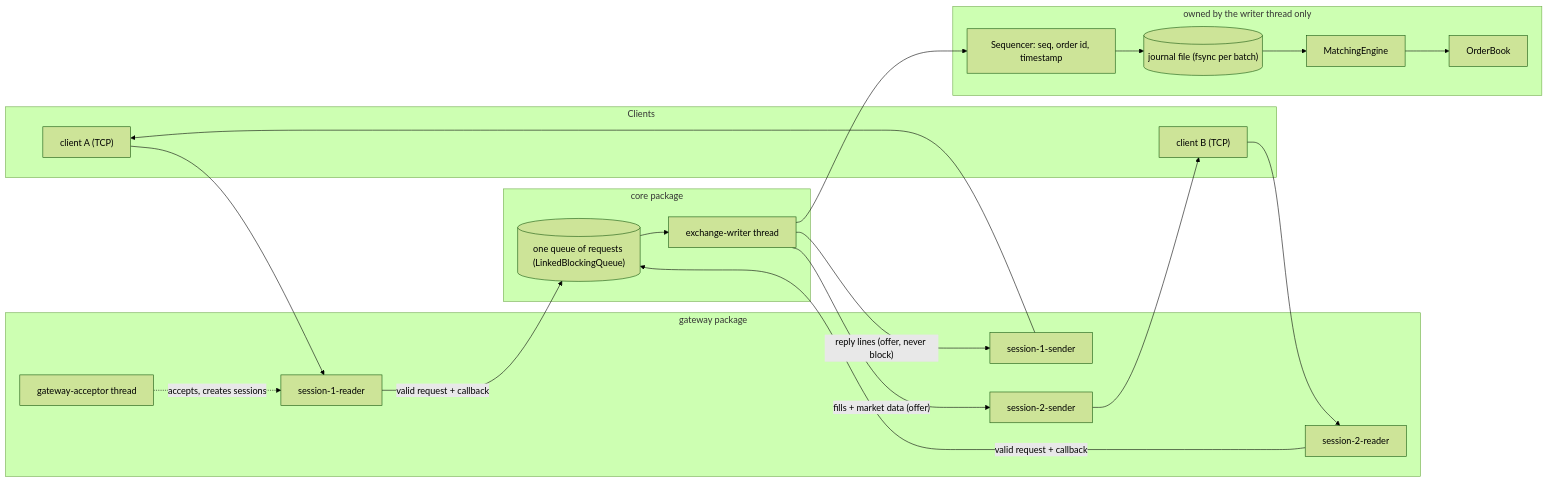
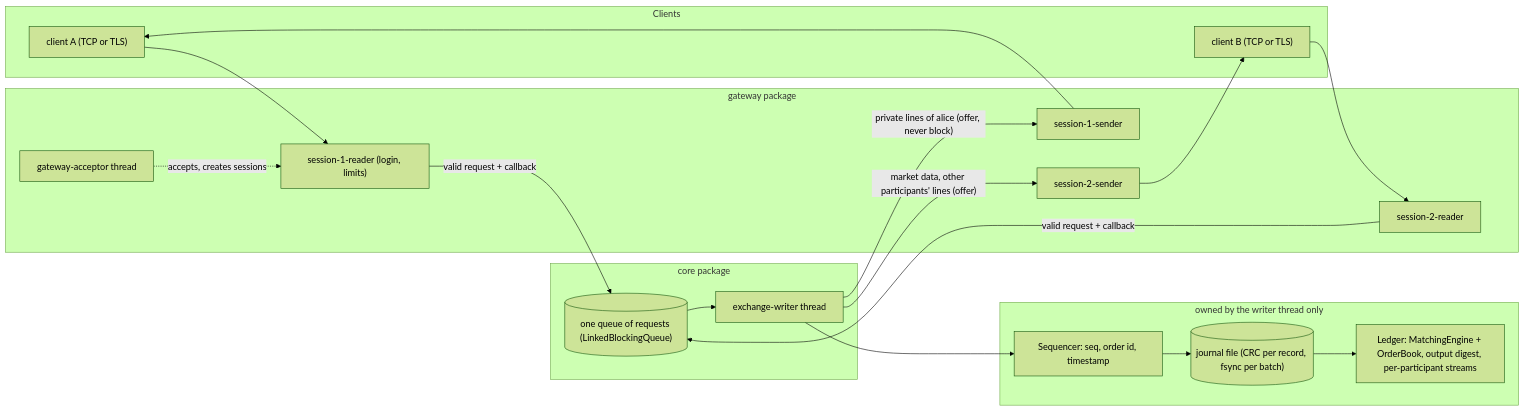
Before and after one commit to SampannaNampalli/ExchangeSystem: the first of 4 diagrams in docs/understanding/01-big-picture.md, drawn with Mermaid (forest theme). The commit also changed other lines of this file and 30 other files, not shown here.

````diff
--- a/docs/understanding/01-big-picture.md
+++ b/docs/understanding/01-big-picture.md
@@ -87,35 +111,34 @@
 ```mermaid
 flowchart LR
     subgraph Clients
-        C1["client A (TCP)"]
-        C2["client B (TCP)"]
+        C1["client A (TCP or TLS)"]
+        C2["client B (TCP or TLS)"]
     end
     subgraph Gateway["gateway package"]
         ACC["gateway-acceptor thread"]
-        R1["session-1-reader"]
+        R1["session-1-reader (login, limits)"]
         S1["session-1-sender"]
         R2["session-2-reader"]
         S2["session-2-sender"]
     end
     subgraph Core["core package"]
         Q[("one queue of requests (LinkedBlockingQueue)")]
         W["exchange-writer thread"]
     end
     subgraph Owned["owned by the writer thread only"]
         SEQ["Sequencer: seq, order id, timestamp"]
-        J[("journal file (fsync per batch)")]
-        ENG["MatchingEngine"]
-        BOOK["OrderBook"]
+        J[("journal file (CRC per record, fsync per batch)")]
+        L["Ledger: MatchingEngine + OrderBook, output digest, per-participant streams"]
     end
     C1 --> R1
     C2 --> R2
     ACC -. "accepts, creates sessions" .-> R1
     R1 -- "valid request + callback" --> Q
     R2 -- "valid request + callback" --> Q
     Q --> W
-    W --> SEQ --> J --> ENG --> BOOK
-    W -- "reply lines (offer, never block)" --> S1
-    W -- "fills + market data (offer)" --> S2
+    W --> SEQ --> J --> L
+    W -- "private lines of alice (offer, never block)" --> S1
+    W -- "market data, other participants' lines (offer)" --> S2
     S1 --> C1
     S2 --> C2
 ```
````
